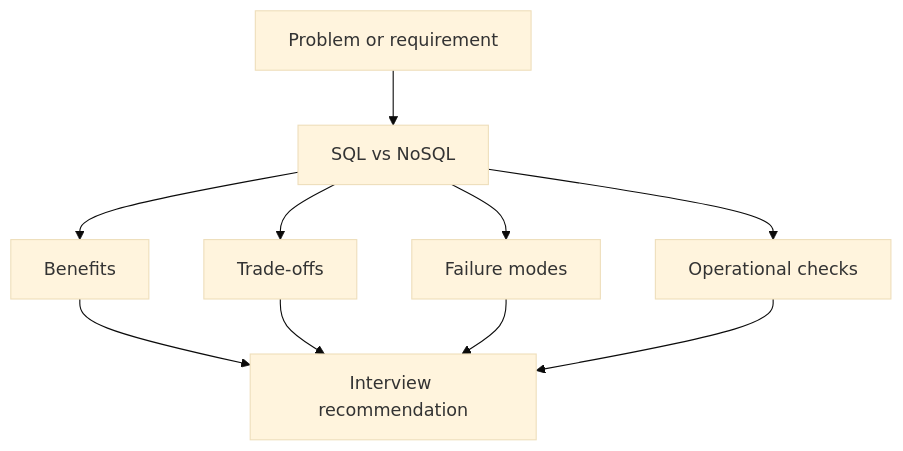
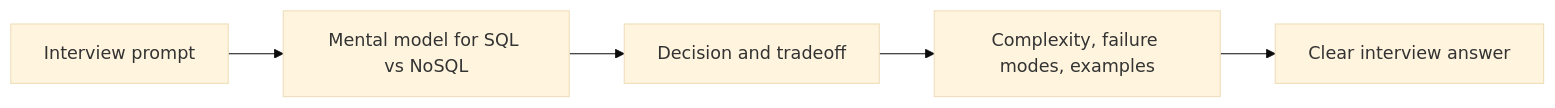
The diagram in components/databases/sql-vs-nosql/index.md (abstractinterviews/abstractinterviews.github.io), drawn with Mermaid (base theme) before and after one commit. The commit also changed other lines of this file and 278 other files, not shown here.

````diff
--- a/components/databases/sql-vs-nosql/index.md
+++ b/components/databases/sql-vs-nosql/index.md
@@ -77,12 +69,7 @@
-~~~mermaid
-flowchart TD
-    Problem["Problem or requirement"] --> Concept["SQL vs NoSQL"]
-    Concept --> Benefits["Benefits"]
-    Concept --> Tradeoffs["Trade-offs"]
-    Concept --> FailureModes["Failure modes"]
-    Concept --> Operations["Operational checks"]
-    Benefits --> Decision["Interview recommendation"]
-    Tradeoffs --> Decision
-    FailureModes --> Decision
-    Operations --> Decision
-~~~
+```mermaid
+flowchart LR
+    Problem["Interview prompt"] --> Model["Mental model for SQL vs NoSQL"]
+    Model --> Choice["Decision and tradeoff"]
+    Choice --> Evidence["Complexity, failure modes, examples"]
+    Evidence --> Answer["Clear interview answer"]
+```
````
